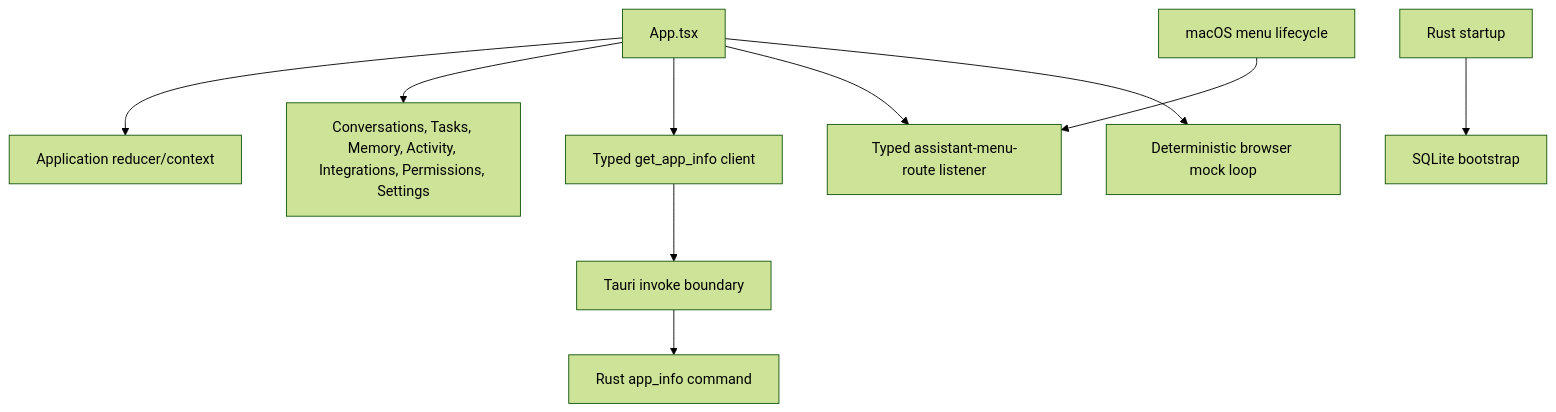
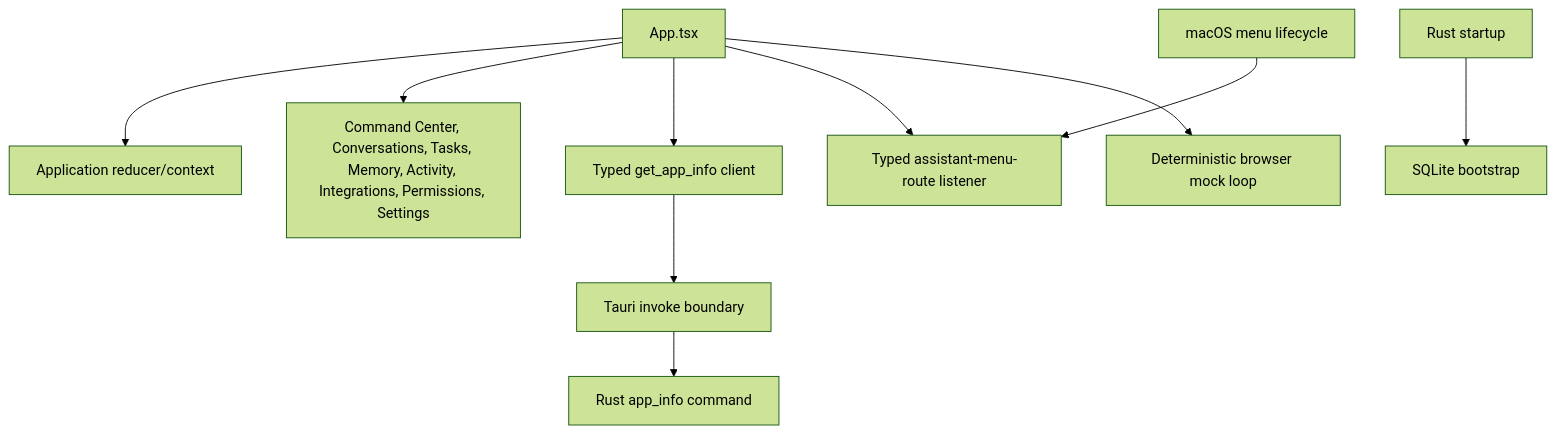
One commit to SillyRbbit/ai-agent-assistant changed the second of 5 diagrams in ARCHITECTURE.md. Above: the diagram before and after it, drawn with Mermaid (forest theme). The commit also changed other lines of this file and 38 other files, not shown here.

Commit message:
feat: add deterministic command center prototype

````diff
--- a/ARCHITECTURE.md
+++ b/ARCHITECTURE.md
@@ -52,12 +52,12 @@
 ```mermaid
 flowchart TD
     App["App.tsx"] --> State["Application reducer/context"]
-    App --> Pages["Conversations, Tasks, Memory, Activity, Integrations, Permissions, Settings"]
+    App --> Pages["Command Center, Conversations, Tasks, Memory, Activity, Integrations, Permissions, Settings"]
     App --> InfoClient["Typed get_app_info client"]
     App --> MenuClient["Typed assistant-menu-route listener"]
     InfoClient --> IPC["Tauri invoke boundary"]
     IPC --> Info["Rust app_info command"]
     Menu["macOS menu lifecycle"] --> MenuClient
     Startup["Rust startup"] --> Storage["SQLite bootstrap"]
     App --> Mock["Deterministic browser mock loop"]
 ```
````
